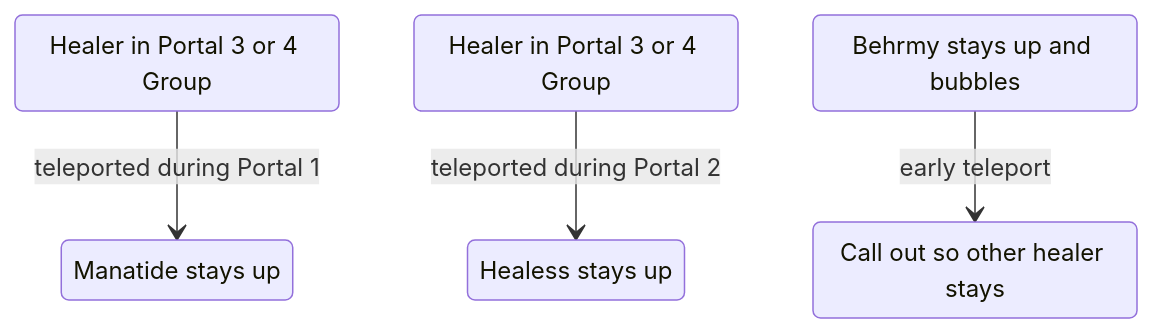
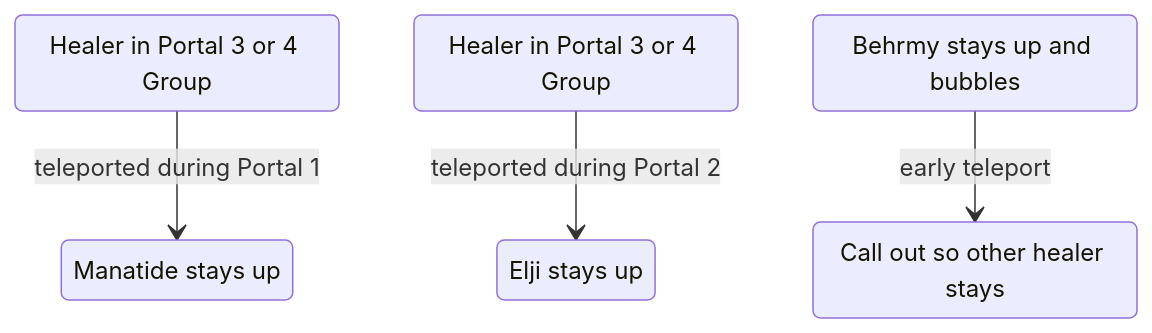
Before and after one commit to leemWF/READMEVault: the third of 11 diagrams in wepulled/swp/README.md, drawn with Mermaid. The commit also changed other lines of this file, not shown here.

````diff
--- a/wepulled/swp/README.md
+++ b/wepulled/swp/README.md
@@ -48,14 +50,14 @@
 ```mermaid
 stateDiagram-v2
     s1: Healer in Portal 3 or 4 Group
     s2: Manatide stays up
     s1 --> s2: teleported during Portal 1
 
     s3: Healer in Portal 3 or 4 Group
-    s4: Healess stays up
+    s4: Elji stays up
     s3 --> s4: teleported during Portal 2
 
     s5: Behrmy stays up and bubbles
     s6: Call out so other healer stays
     s5 --> s6: early teleport
 ```
````
